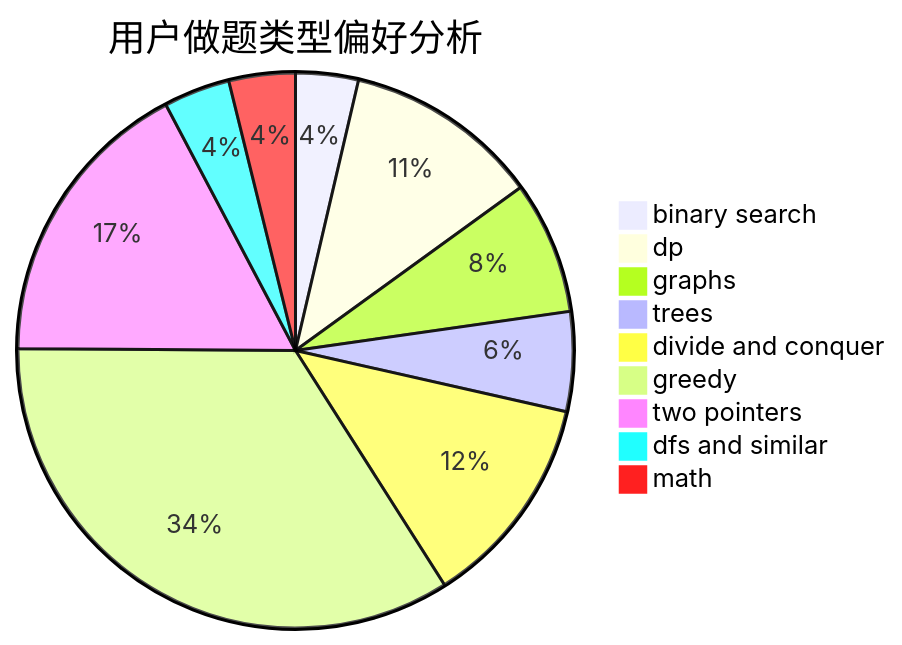
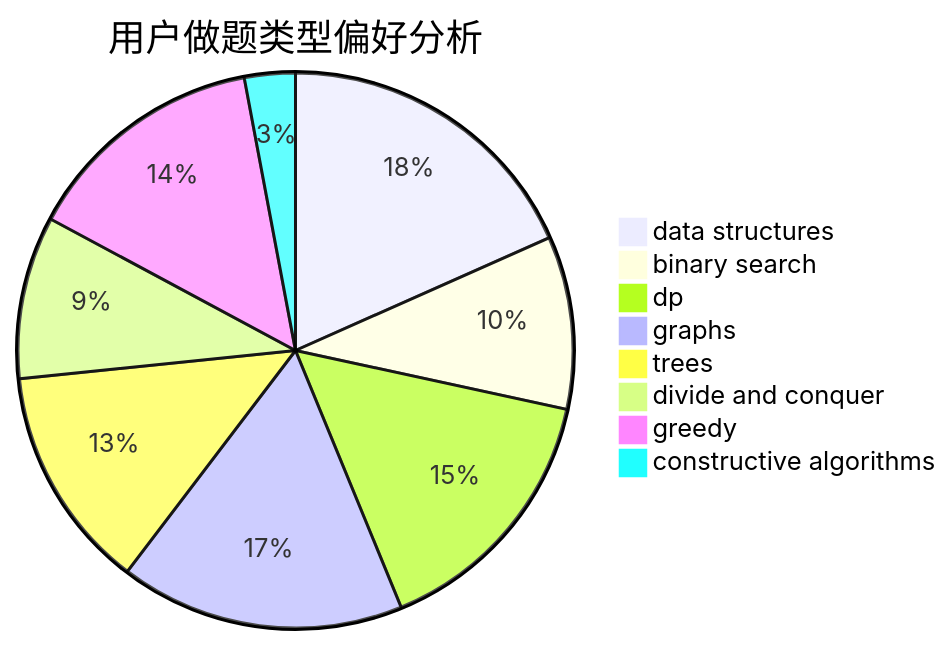
The second of 3 diagrams in docs/user/u359.md (sherpahu/cfrs.github.io), drawn with Mermaid before and after one commit. The commit also changed other lines of this file and 2775 other files, not shown here.

````diff
--- a/docs/user/u359.md
+++ b/docs/user/u359.md
@@ -23,12 +23,11 @@
 ```mermaid
 pie title 用户做题类型偏好分析
+    "data structures" :  31
     "binary search" :  17
-    "dp" :  53
-    "graphs" :  36
-    "trees" :  27
-    "divide and conquer" :  58
-    "greedy" :  159
-    "two pointers" :  80
-    "dfs and similar" :  18
-    "math" :  18
+    "dp" :  26
+    "graphs" :  28
+    "trees" :  22
+    "divide and conquer" :  16
+    "greedy" :  24
+    "constructive algorithms" :  5
 ```
````
